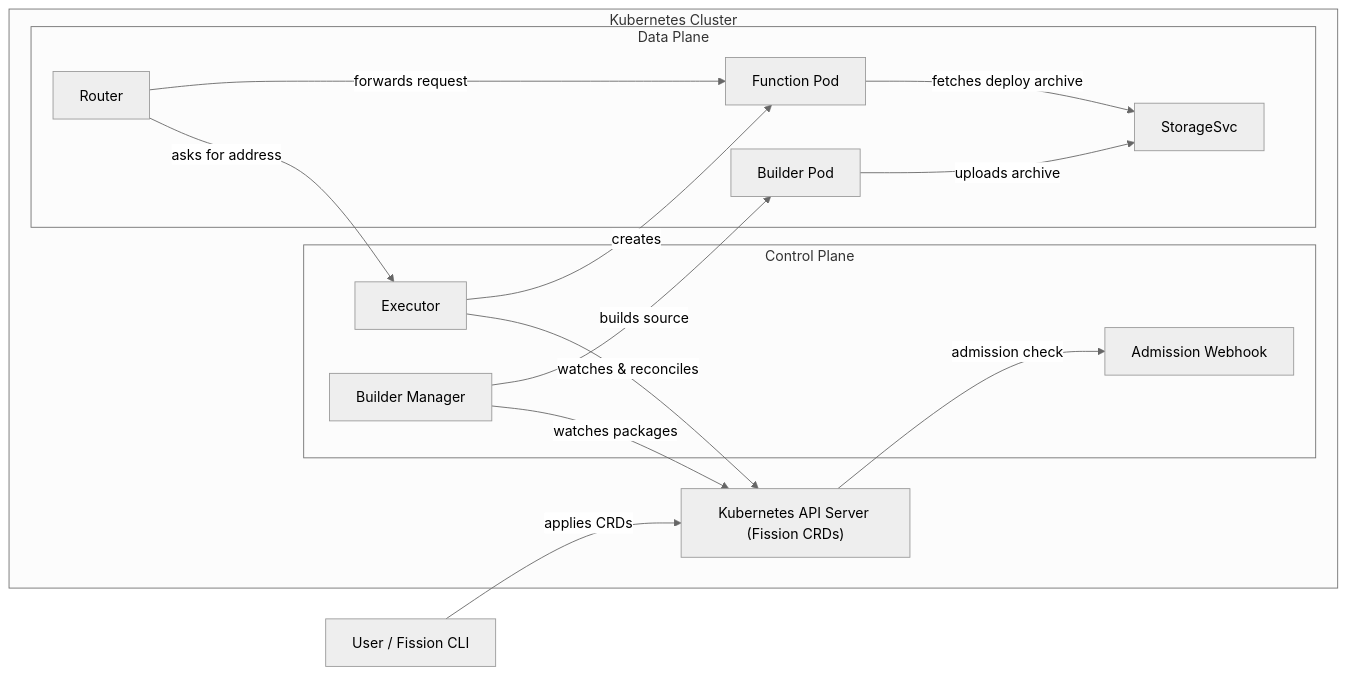
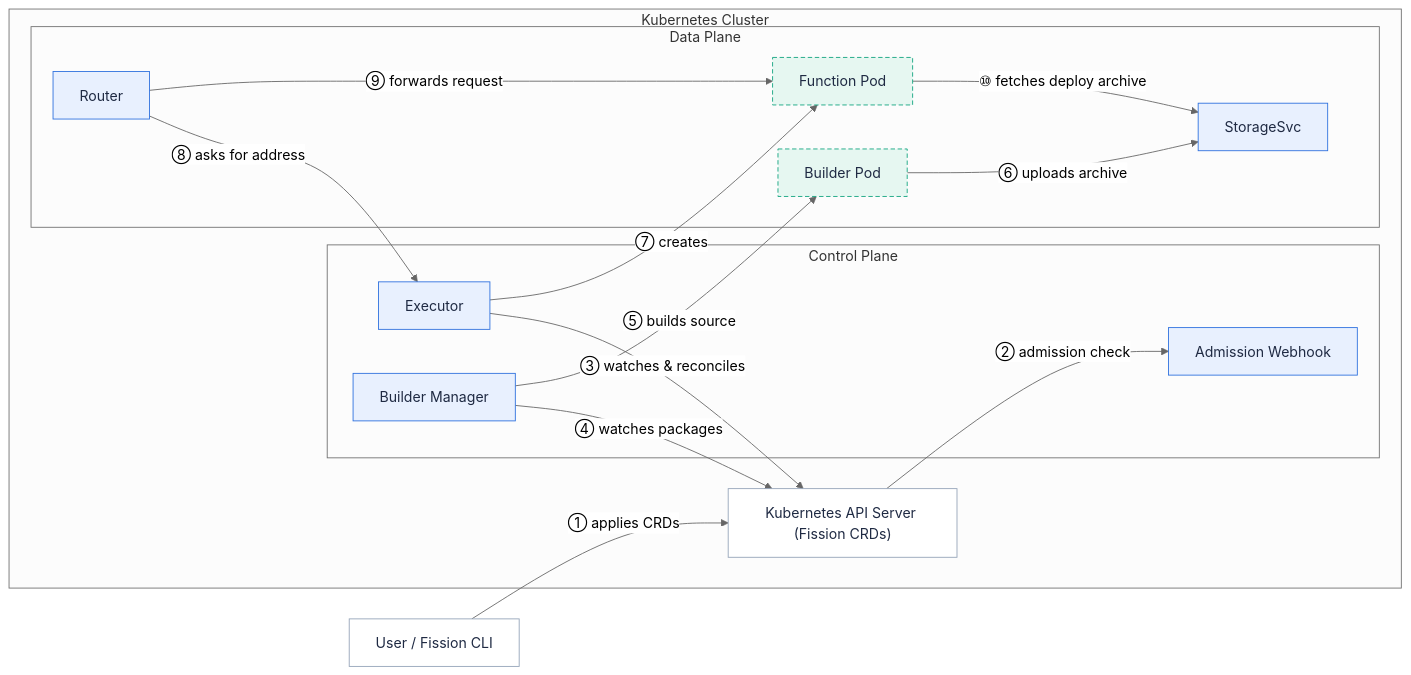
Before and after one commit to fission/fission.io: the diagram in content/en/docs/architecture/_index.md, drawn with Mermaid (neutral theme). The commit also changed 30 other files, not shown here.

First line of the commit message:
Address PR feedback: zoomable diagrams, multi-color kit, centering, preview links

````diff
--- a/content/en/docs/architecture/_index.md
+++ b/content/en/docs/architecture/_index.md
@@ -23,28 +23,35 @@
 ```mermaid
 flowchart LR
   user["User / Fission CLI"]
   subgraph k8s["Kubernetes Cluster"]
     api["Kubernetes API Server (Fission CRDs)"]
     subgraph control["Control Plane"]
       executor["Executor"]
       buildermgr["Builder Manager"]
       webhook["Admission Webhook"]
     end
     subgraph data["Data Plane"]
       router["Router"]
       fnPod["Function Pod"]
       builderPod["Builder Pod"]
       storage["StorageSvc"]
     end
   end
-  user -->|"applies CRDs"| api
-  api -->|"admission check"| webhook
-  executor -->|"watches & reconciles"| api
-  buildermgr -->|"watches packages"| api
-  buildermgr -->|"builds source"| builderPod
-  builderPod -->|"uploads archive"| storage
-  executor -->|"creates"| fnPod
-  router -->|"asks for address"| executor
-  router -->|"forwards request"| fnPod
-  fnPod -->|"fetches deploy archive"| storage
+  user -->|"① applies CRDs"| api
+  api -->|"② admission check"| webhook
+  executor -->|"③ watches & reconciles"| api
+  buildermgr -->|"④ watches packages"| api
+  buildermgr -->|"⑤ builds source"| builderPod
+  builderPod -->|"⑥ uploads archive"| storage
+  executor -->|"⑦ creates"| fnPod
+  router -->|"⑧ asks for address"| executor
+  router -->|"⑨ forwards request"| fnPod
+  fnPod -->|"⑩ fetches deploy archive"| storage
+
+  class user,api user
+  class executor,buildermgr,webhook,router,storage fission
+  class fnPod,builderPod pod
+  classDef user fill:#ffffff,stroke:#94a3b8,color:#1f2a43
+  classDef fission fill:#e8f0fe,stroke:#2d70de,color:#1f2a43
+  classDef pod fill:#e6f7f1,stroke:#11a37f,color:#1f2a43,stroke-dasharray:5 3
 ```
````
